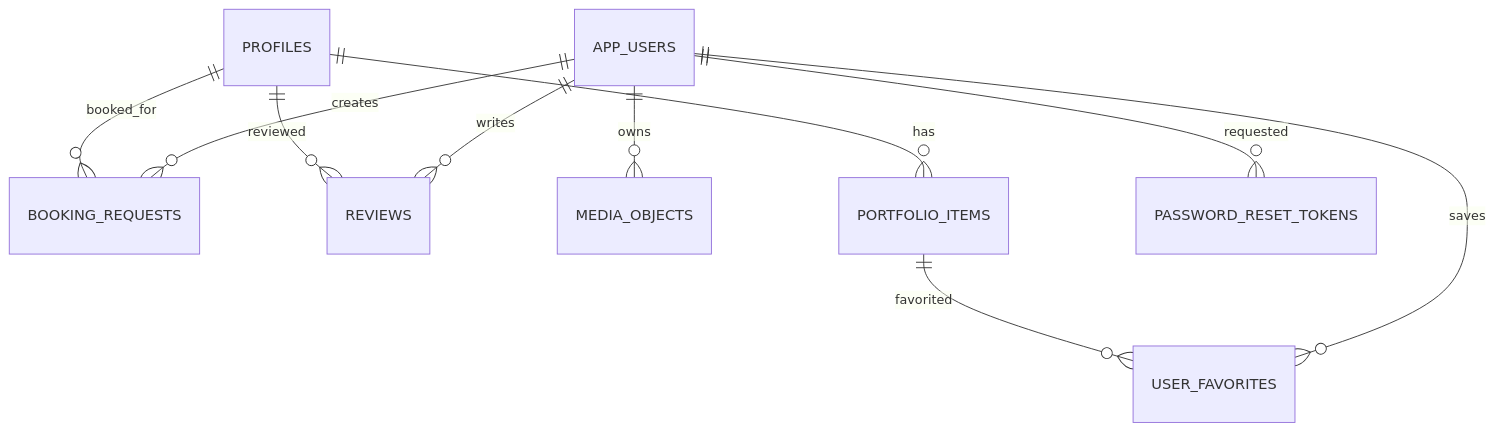
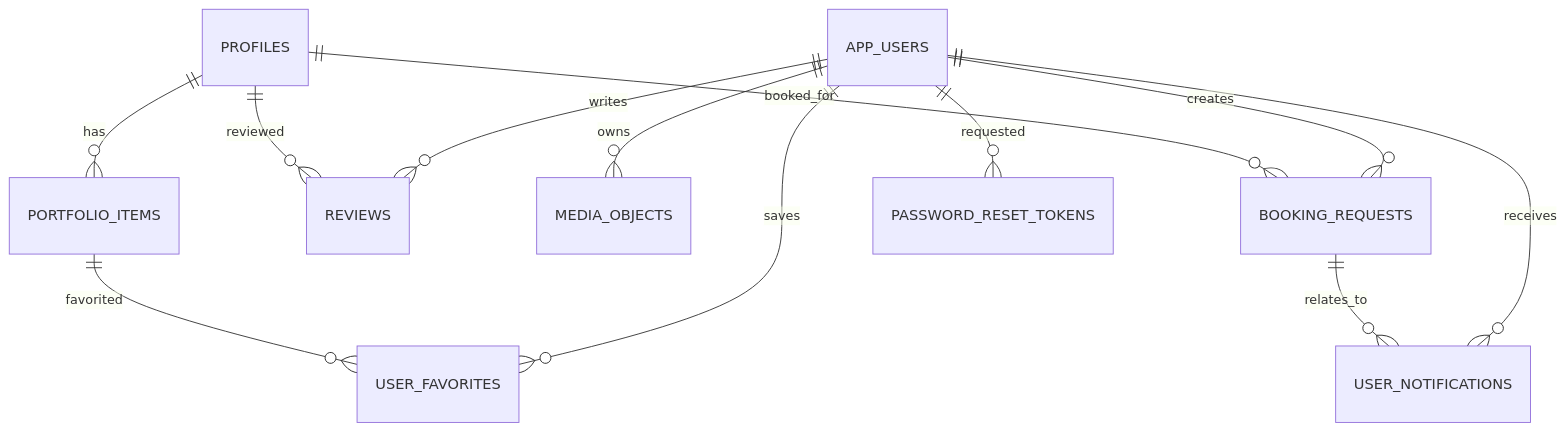
One commit to GMesquita07/saltos_nas_palhacadas changed the fifth of 5 diagrams in docs/ARCHITECTURE.md. Above: the diagram before and after it, drawn with Mermaid. The commit also changed other lines of this file and 54 other files, not shown here.

Commit message:
feat: add account notifications and booking counterproposals

````diff
--- a/docs/ARCHITECTURE.md
+++ b/docs/ARCHITECTURE.md
@@ -190,12 +196,14 @@
 ```mermaid
 erDiagram
   APP_USERS ||--o{ BOOKING_REQUESTS : creates
   APP_USERS ||--o{ USER_FAVORITES : saves
   APP_USERS ||--o{ REVIEWS : writes
   APP_USERS ||--o{ MEDIA_OBJECTS : owns
   PROFILES ||--o{ PORTFOLIO_ITEMS : has
   PROFILES ||--o{ BOOKING_REQUESTS : booked_for
   PROFILES ||--o{ REVIEWS : reviewed
   PORTFOLIO_ITEMS ||--o{ USER_FAVORITES : favorited
   APP_USERS ||--o{ PASSWORD_RESET_TOKENS : requested
+  APP_USERS ||--o{ USER_NOTIFICATIONS : receives
+  BOOKING_REQUESTS ||--o{ USER_NOTIFICATIONS : relates_to
 ```
````
